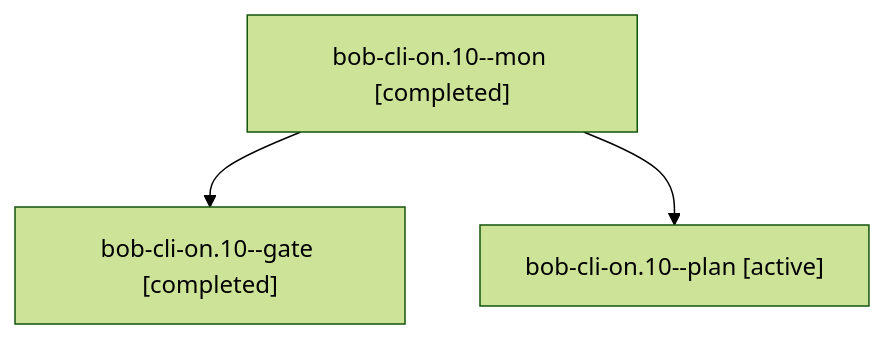
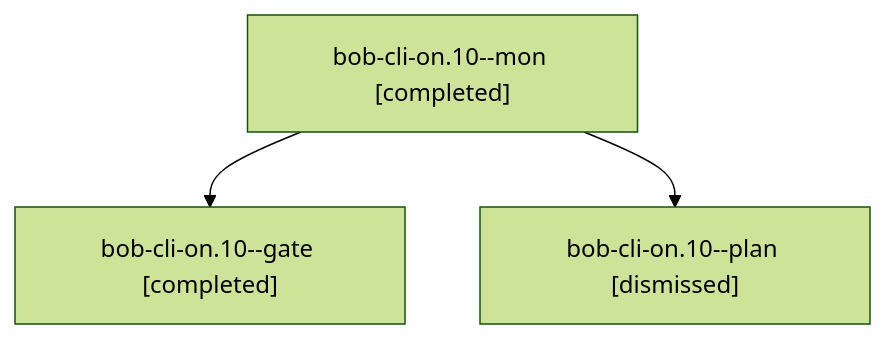
One commit to bobs-org/bob-cli--agents changed the diagram in sessions/bbugyi200.athena.bob-cli-on.10.md. Above: the diagram before and after it, drawn with Mermaid (forest theme). The commit also changed other lines of this file and 224 other files, not shown here.

````diff
--- a/sessions/bbugyi200.athena.bob-cli-on.10.md
+++ b/sessions/bbugyi200.athena.bob-cli-on.10.md
@@ -9,8 +9,8 @@
 ```mermaid
 flowchart TD
   n0["bob-cli-on.10--mon [completed]"]
   n1["bob-cli-on.10--gate [completed]"]
   n0 --> n1
-  n2["bob-cli-on.10--plan [active]"]
+  n2["bob-cli-on.10--plan [dismissed]"]
   n0 --> n2
 ```
````
